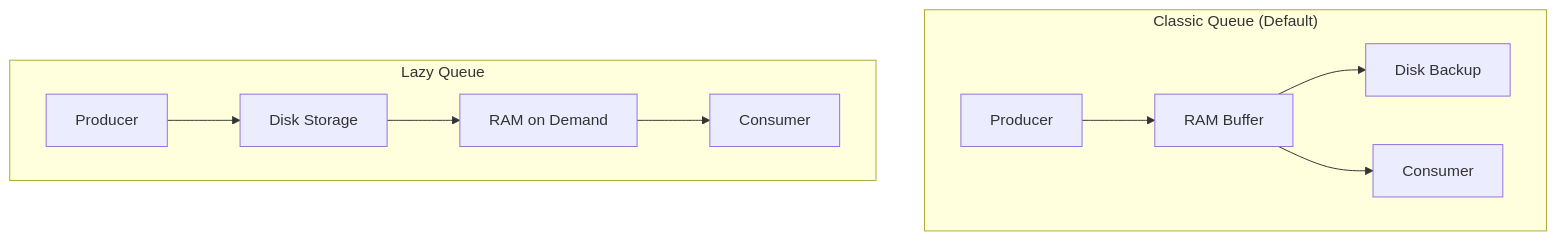
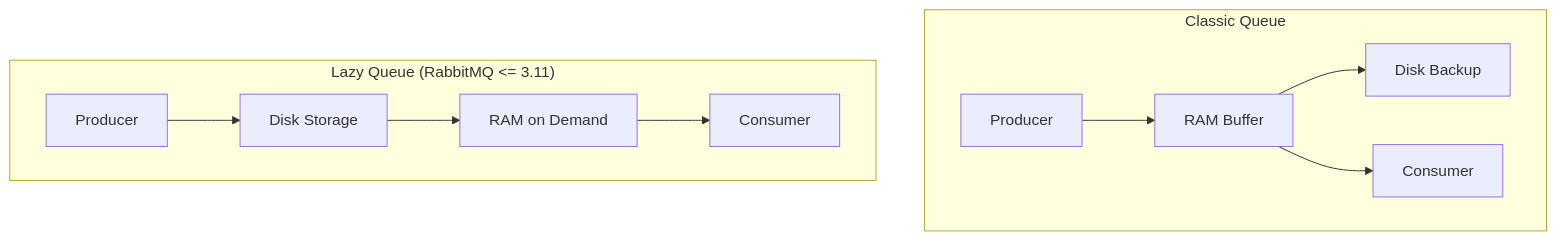
One commit to OneUptime/blog changed the first of 3 diagrams in posts/2026-01-27-rabbitmq-lazy-queues/README.md. Above: the diagram before and after it, drawn with Mermaid. The commit also changed other lines of this file and 2 other files, not shown here.

Commit message:
validate: 2026-01-27-rabbitmq-lazy-queues

````diff
--- a/posts/2026-01-27-rabbitmq-lazy-queues/README.md
+++ b/posts/2026-01-27-rabbitmq-lazy-queues/README.md
@@ -29,14 +29,14 @@
 ```mermaid
 flowchart TD
-    subgraph Classic["Classic Queue (Default)"]
+    subgraph Classic["Classic Queue"]
         P1[Producer] --> RAM1[RAM Buffer]
         RAM1 --> D1[Disk Backup]
         RAM1 --> C1[Consumer]
     end
 
-    subgraph Lazy["Lazy Queue"]
+    subgraph Lazy["Lazy Queue (RabbitMQ <= 3.11)"]
         P2[Producer] --> D2[Disk Storage]
         D2 --> RAM2[RAM on Demand]
         RAM2 --> C2[Consumer]
     end
 ```
````
